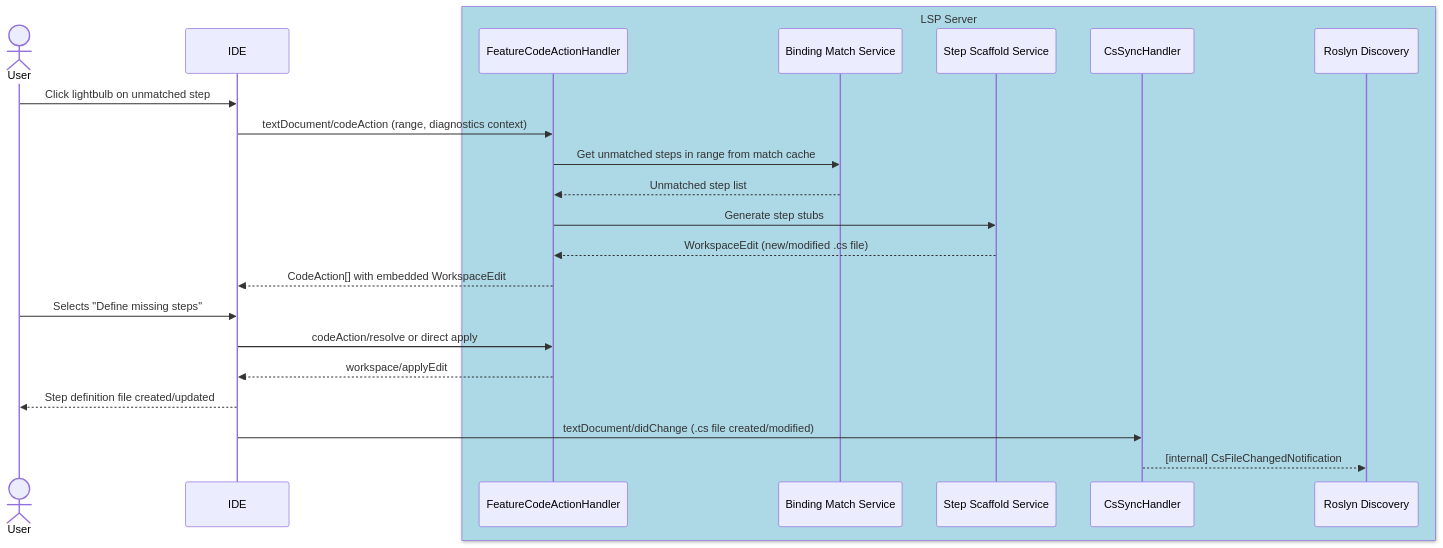
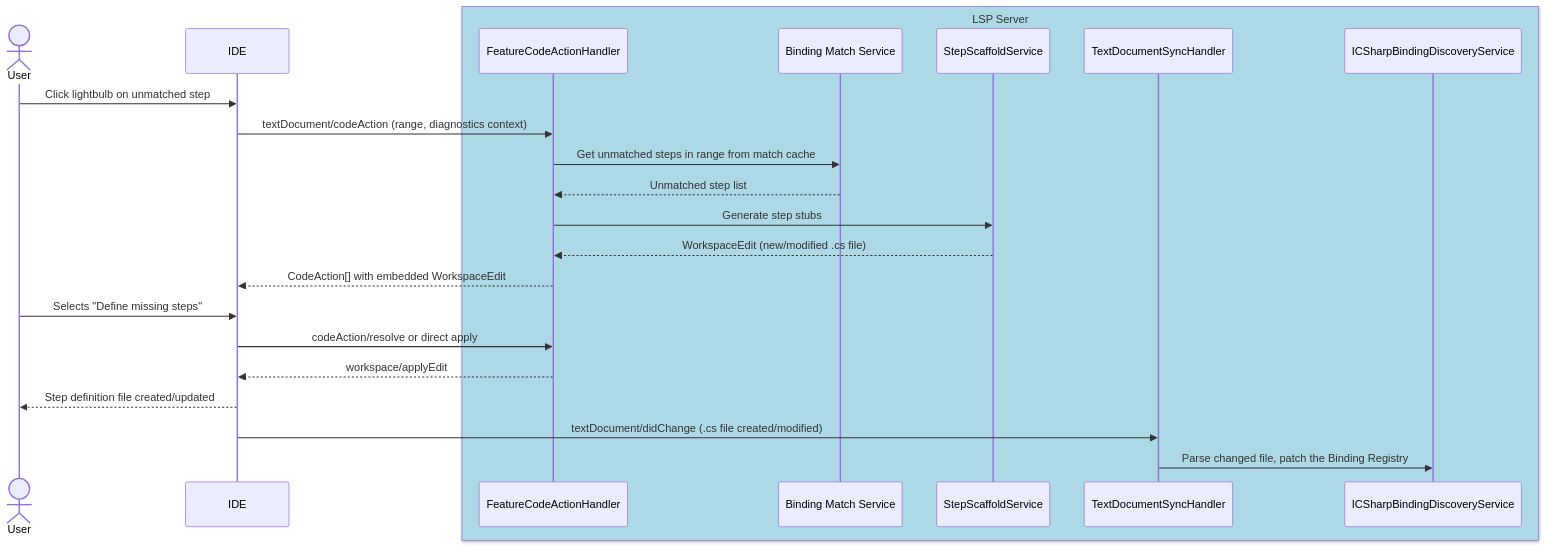
The sixth of 19 diagrams in docs/LSP-IDE-Support-Feature-Designs.md (clrudolphi/Reqnroll.IdeSupport), drawn with Mermaid before and after one commit. The commit also changed other lines of this file and 1 other file, not shown here.

````diff
--- a/docs/LSP-IDE-Support-Feature-Designs.md
+++ b/docs/LSP-IDE-Support-Feature-Designs.md
@@ -537,27 +530,27 @@
 ```mermaid
 sequenceDiagram
     actor User
     participant IDE
 
     box LightBlue LSP Server
         participant FCAH as FeatureCodeActionHandler
         participant BM as Binding Match Service
-        participant SS as Step Scaffold Service
-        participant CSS as CsSyncHandler
-        participant RD as Roslyn Discovery
+        participant SS as StepScaffoldService
+        participant TDS as TextDocumentSyncHandler
+        participant CDS as ICSharpBindingDiscoveryService
     end
 
     User->>IDE: Click lightbulb on unmatched step
     IDE->>FCAH: textDocument/codeAction (range, diagnostics context)
     FCAH->>BM: Get unmatched steps in range from match cache
     BM-->>FCAH: Unmatched step list
     FCAH->>SS: Generate step stubs
     SS-->>FCAH: WorkspaceEdit (new/modified .cs file)
     FCAH-->>IDE: CodeAction[] with embedded WorkspaceEdit
     User->>IDE: Selects "Define missing steps"
     IDE->>FCAH: codeAction/resolve or direct apply
     FCAH-->>IDE: workspace/applyEdit
     IDE-->>User: Step definition file created/updated
-    IDE->>CSS: textDocument/didChange (.cs file created/modified)
-    CSS-->>RD: [internal] CsFileChangedNotification
+    IDE->>TDS: textDocument/didChange (.cs file created/modified)
+    TDS->>CDS: Parse changed file, patch the Binding Registry
 ```
````
